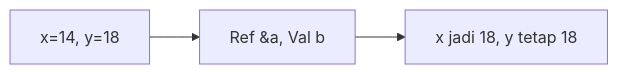
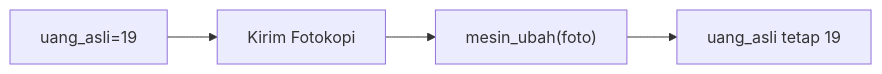
Before and after one commit to amnahwaida/OSNK_INF_PREP: the eighth of 25 diagrams in part-c-pemahaman-cpp/04-fungsi/latihan/set-08.md, drawn with Mermaid. The commit also changed other lines of this file and 71 other files, not shown here.

````diff
--- a/part-c-pemahaman-cpp/04-fungsi/latihan/set-08.md
+++ b/part-c-pemahaman-cpp/04-fungsi/latihan/set-08.md
@@ -209,5 +217,6 @@
 ```mermaid
 graph LR
-A["x=14, y=18"] --> B["Ref &a, Val b"]
-B --> C["x jadi 18, y tetap 18"]
+A["uang_asli=19"] --> B["Kirim Fotokopi"]
+B --> C["mesin_ubah(foto)"]
+C --> D["uang_asli tetap 19"]
 ```
````
